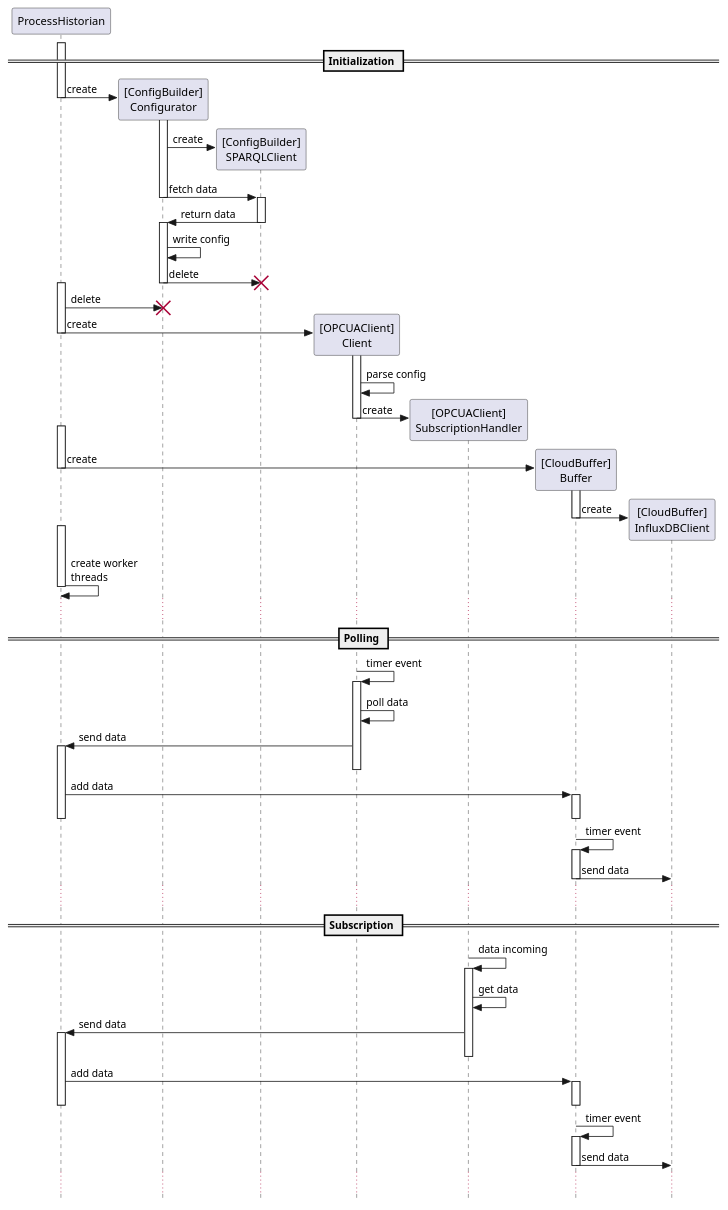
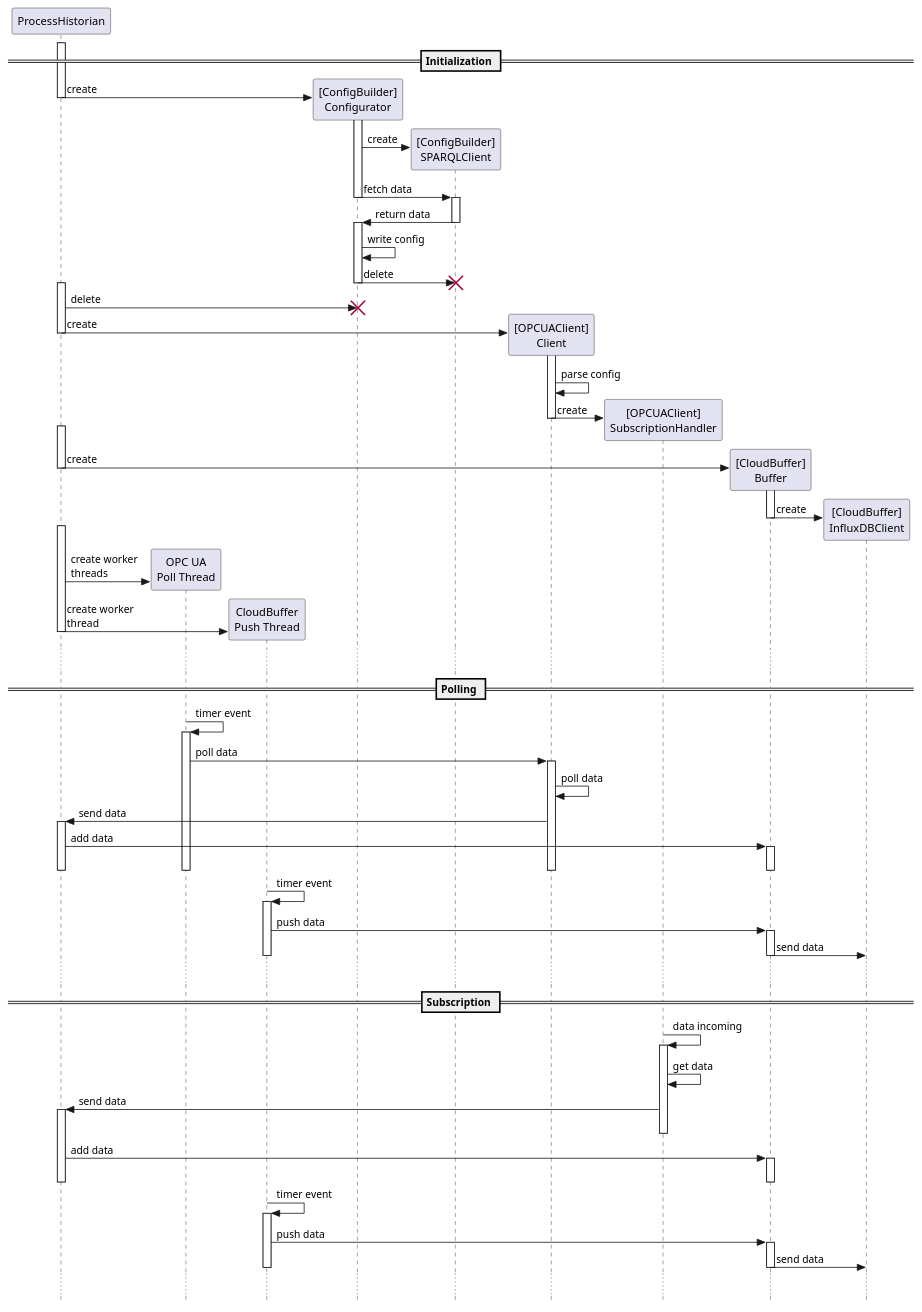
The diagram in documentation/architecture/sequence_diagram.pu (Praktikum-PvAS/process-historian), drawn with PlantUML before and after one commit.

Commit message:
Update sequence diagram

```diff
--- a/documentation/architecture/sequence_diagram.pu
+++ b/documentation/architecture/sequence_diagram.pu
@@ -1,75 +1,89 @@
 @startuml "Sequence Diagram"
 skinparam style strictuml
 participant ProcessHistorian
+participant "OPC UA\nPoll Thread" as PollThread
+participant "CloudBuffer\nPush Thread" as PushThread
 == Initialization ==
 activate ProcessHistorian
 ProcessHistorian -> "[ConfigBuilder]\nConfigurator" as ConfigBuilder.Configurator ** : create
 deactivate ProcessHistorian
 activate ConfigBuilder.Configurator
 ConfigBuilder.Configurator -> "[ConfigBuilder]\nSPARQLClient" as ConfigBuilder.SPARQLClient ** : create
 ConfigBuilder.Configurator -> ConfigBuilder.SPARQLClient : fetch data
 deactivate ConfigBuilder.Configurator
 activate ConfigBuilder.SPARQLClient
 ConfigBuilder.SPARQLClient -> ConfigBuilder.Configurator : return data
 deactivate ConfigBuilder.SPARQLClient
 activate ConfigBuilder.Configurator
 ConfigBuilder.Configurator -> ConfigBuilder.Configurator : write config
 ConfigBuilder.Configurator -> ConfigBuilder.SPARQLClient !! : delete
 deactivate ConfigBuilder.Configurator
 activate ProcessHistorian
 ProcessHistorian -> ConfigBuilder.Configurator !! : delete
 
 ProcessHistorian -> "[OPCUAClient]\nClient" as OPCUAClient.Client ** : create
 activate OPCUAClient.Client
 deactivate ProcessHistorian
 OPCUAClient.Client -> OPCUAClient.Client : parse config
 OPCUAClient.Client -> "[OPCUAClient]\nSubscriptionHandler" as OPCUAClient.SubscriptionHandler ** : create
 deactivate OPCUAClient.Client
 
 activate ProcessHistorian
 ProcessHistorian -> "[CloudBuffer]\nBuffer" as CloudBuffer.Buffer ** : create
 activate CloudBuffer.Buffer
 deactivate ProcessHistorian
 CloudBuffer.Buffer -> "[CloudBuffer]\nInfluxDBClient" as CloudBuffer.InfluxDBClient ** : create
 deactivate CloudBuffer.Buffer
 activate ProcessHistorian
-ProcessHistorian -> ProcessHistorian : create worker\nthreads
+ProcessHistorian -> PollThread ** : create worker\nthreads
+ProcessHistorian -> PushThread ** : create worker\nthread
 deactivate ProcessHistorian
 ...
 
 == Polling ==
 
-OPCUAClient.Client -> OPCUAClient.Client : timer event
+PollThread -> PollThread : timer event
+activate PollThread
+PollThread -> OPCUAClient.Client : poll data
 activate OPCUAClient.Client
 OPCUAClient.Client -> OPCUAClient.Client : poll data
 OPCUAClient.Client -> ProcessHistorian : send data
 activate ProcessHistorian
-deactivate OPCUAClient.Client
 ProcessHistorian -> CloudBuffer.Buffer : add data
 activate CloudBuffer.Buffer
 deactivate CloudBuffer.Buffer
 deactivate ProcessHistorian
-CloudBuffer.Buffer -> CloudBuffer.Buffer : timer event
+deactivate OPCUAClient.Client
+deactivate PollThread
+
+PushThread -> PushThread : timer event
+activate PushThread
+PushThread -> CloudBuffer.Buffer : push data
 activate CloudBuffer.Buffer
 CloudBuffer.Buffer -> CloudBuffer.InfluxDBClient : send data
 deactivate CloudBuffer.Buffer
+deactivate PushThread
 ...
 
 == Subscription ==
 
 OPCUAClient.SubscriptionHandler -> OPCUAClient.SubscriptionHandler : data incoming
 activate OPCUAClient.SubscriptionHandler
 OPCUAClient.SubscriptionHandler -> OPCUAClient.SubscriptionHandler : get data
 OPCUAClient.SubscriptionHandler -> ProcessHistorian : send data
 activate ProcessHistorian
 deactivate OPCUAClient.SubscriptionHandler
 ProcessHistorian -> CloudBuffer.Buffer : add data
 activate CloudBuffer.Buffer
 deactivate CloudBuffer.Buffer
 deactivate ProcessHistorian
-CloudBuffer.Buffer -> CloudBuffer.Buffer : timer event
+
+PushThread -> PushThread : timer event
+activate PushThread
+PushThread -> CloudBuffer.Buffer : push data
 activate CloudBuffer.Buffer
 CloudBuffer.Buffer -> CloudBuffer.InfluxDBClient : send data
 deactivate CloudBuffer.Buffer
+deactivate PushThread
 ...
 @enduml
```
